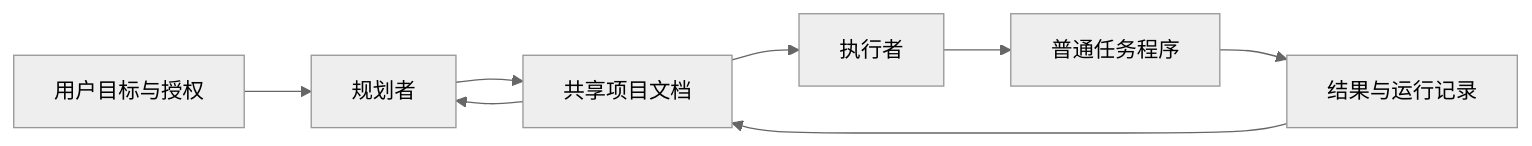
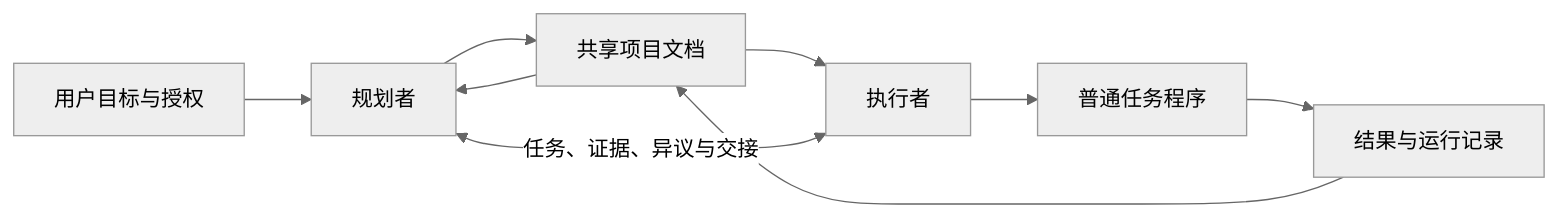
The diagram in README.md (rose8happy/long-horizon-agents), drawn with Mermaid (neutral theme) before and after one commit. The commit also changed other lines of this file and 20 other files, not shown here.

````diff
--- a/README.md
+++ b/README.md
@@ -57,10 +57,11 @@
 ```mermaid
 flowchart LR
     U[用户目标与授权] --> P[规划者]
     P --> D[共享项目文档]
     D --> E[执行者]
+    P <-->|任务、证据、异议与交接| E
     E --> J[普通任务程序]
     J --> R[结果与运行记录]
     R --> D
     D --> P
 ```
````
